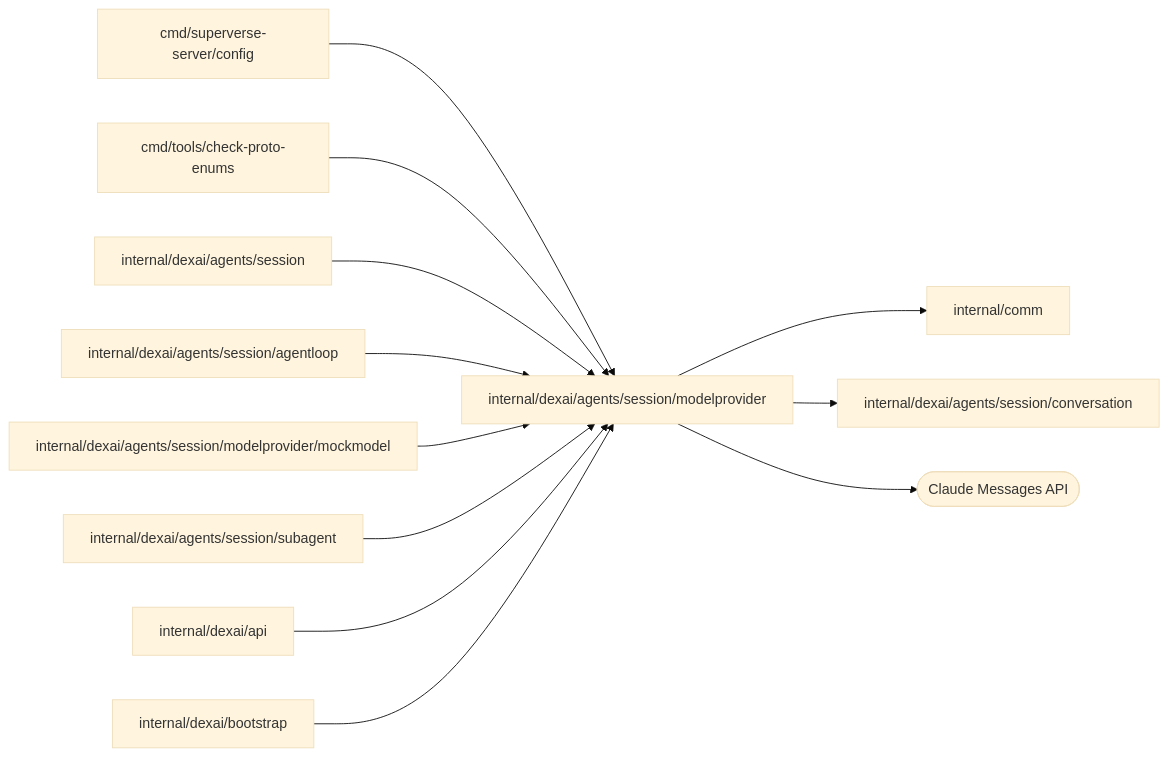
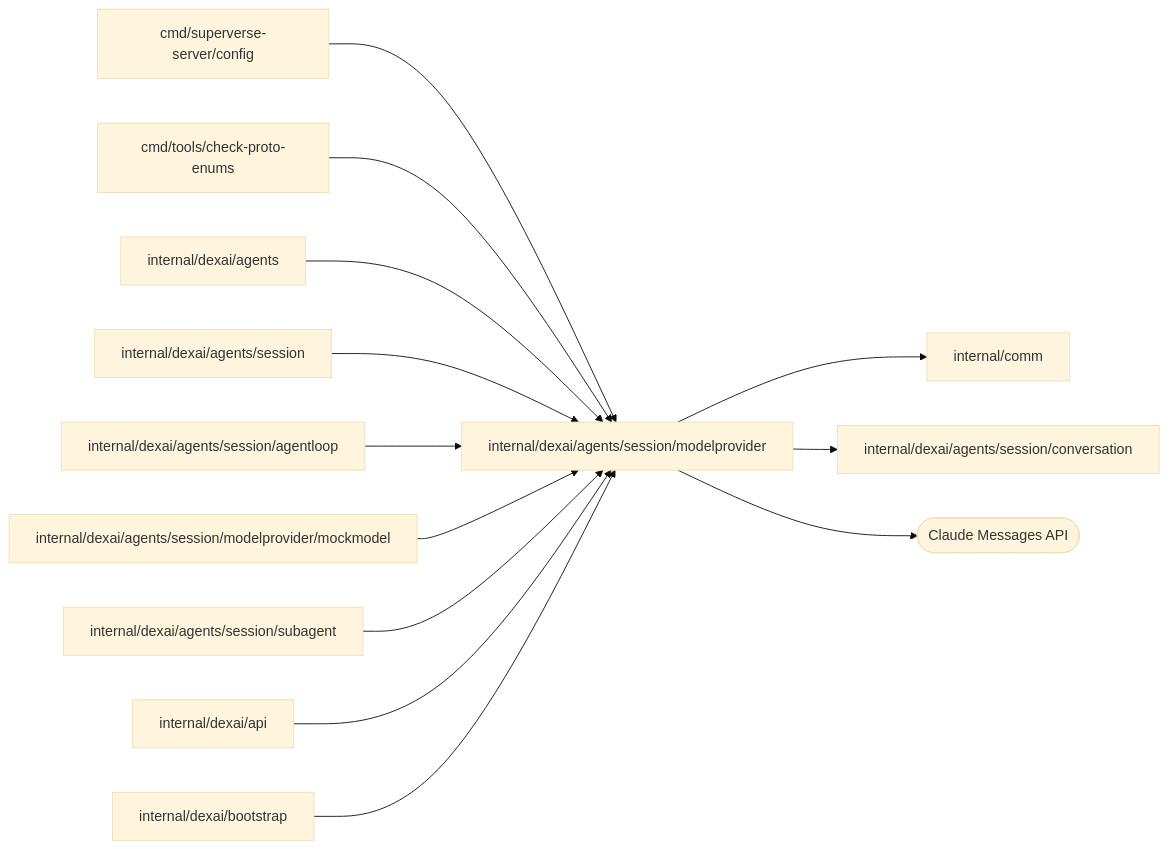
The diagram in internal/dexai/agents/session/modelprovider/README.md (superdurable/superverse), drawn with Mermaid (base theme) before and after one commit. The commit also changed other lines of this file and 112 other files, not shown here.

````diff
--- a/internal/dexai/agents/session/modelprovider/README.md
+++ b/internal/dexai/agents/session/modelprovider/README.md
@@ -10,15 +10,16 @@
 ```mermaid
 flowchart LR
   self["internal/dexai/agents/session/modelprovider"]
   c0["cmd/superverse-server/config"] --> self
   c1["cmd/tools/check-proto-enums"] --> self
-  c2["internal/dexai/agents/session"] --> self
-  c3["internal/dexai/agents/session/agentloop"] --> self
-  c4["internal/dexai/agents/session/modelprovider/mockmodel"] --> self
-  c5["internal/dexai/agents/session/subagent"] --> self
-  c6["internal/dexai/api"] --> self
-  c7["internal/dexai/bootstrap"] --> self
+  c2["internal/dexai/agents"] --> self
+  c3["internal/dexai/agents/session"] --> self
+  c4["internal/dexai/agents/session/agentloop"] --> self
+  c5["internal/dexai/agents/session/modelprovider/mockmodel"] --> self
+  c6["internal/dexai/agents/session/subagent"] --> self
+  c7["internal/dexai/api"] --> self
+  c8["internal/dexai/bootstrap"] --> self
   self --> d0["internal/comm"]
   self --> d1["internal/dexai/agents/session/conversation"]
   self --> e0(["Claude Messages API"])
 ```
````
